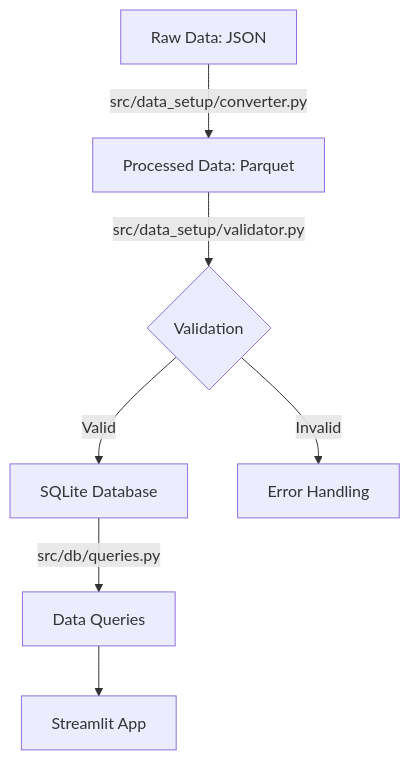
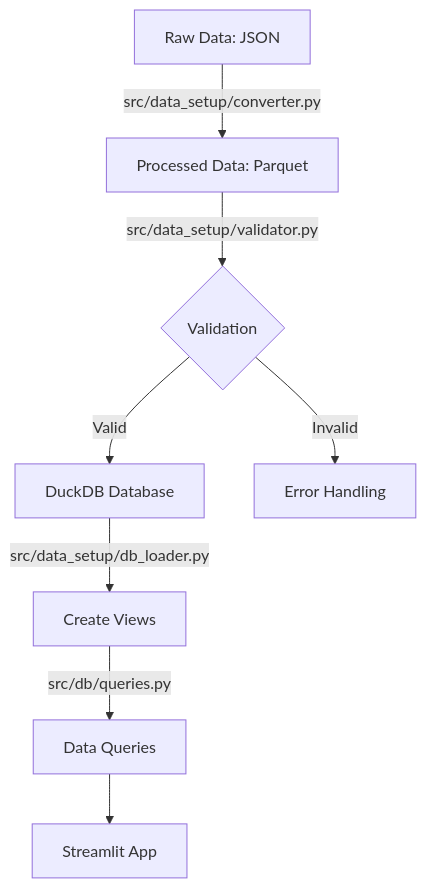
Before and after one commit to mihiarc/rpa-landuse-viewer: the first of 3 diagrams in README.md, drawn with Mermaid. The commit also changed other lines of this file and 3 other files, not shown here.

````diff
--- a/README.md
+++ b/README.md
@@ -57,9 +58,10 @@
 ```mermaid
 flowchart TD
     A[Raw Data: JSON] -->|src/data_setup/converter.py| B[Processed Data: Parquet]
     B -->|src/data_setup/validator.py| C{Validation}
-    C -->|Valid| D[SQLite Database]
+    C -->|Valid| D[DuckDB Database]
     C -->|Invalid| E[Error Handling]
-    D -->|src/db/queries.py| F[Data Queries]
-    F --> G[Streamlit App]
+    D -->|src/data_setup/db_loader.py| F[Create Views]
+    F -->|src/db/queries.py| G[Data Queries]
+    G --> H[Streamlit App]
 ```
````
